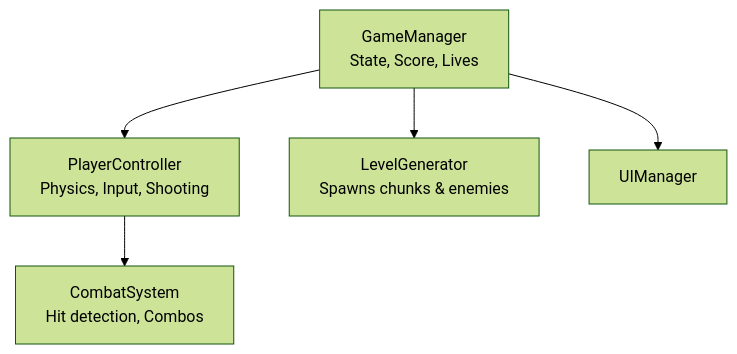
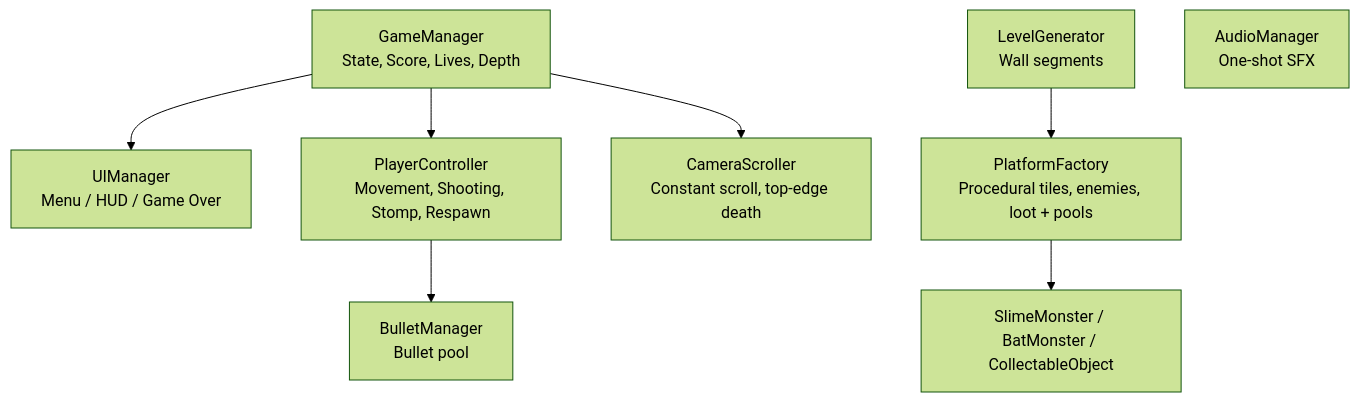
One commit to shakedhalvitz/Downwell changed the second of 2 diagrams in GDD.md. Above: the diagram before and after it, drawn with Mermaid (forest theme). The commit also changed other lines of this file and 13 other files, not shown here.

````diff
--- a/GDD.md
+++ b/GDD.md
@@ -122,7 +148,10 @@
 ```mermaid
 graph TD
-    GM[GameManager<br/>State, Score, Lives] --> P[PlayerController<br/>Physics, Input, Shooting]
-    GM --> S[LevelGenerator<br/>Spawns chunks & enemies]
-    GM --> U[UIManager]
-    P --> C[CombatSystem<br/>Hit detection, Combos]
+    GM[GameManager<br/>State, Score, Lives, Depth] --> U[UIManager<br/>Menu / HUD / Game Over]
+    GM --> P[PlayerController<br/>Movement, Shooting, Stomp, Respawn]
+    GM --> CS[CameraScroller<br/>Constant scroll, top-edge death]
+    LG[LevelGenerator<br/>Wall segments] --> PF[PlatformFactory<br/>Procedural tiles, enemies, loot + pools]
+    P --> BM[BulletManager<br/>Bullet pool]
+    PF --> E[SlimeMonster / BatMonster / CollectableObject]
+    AM[AudioManager<br/>One-shot SFX]
 ```
````
